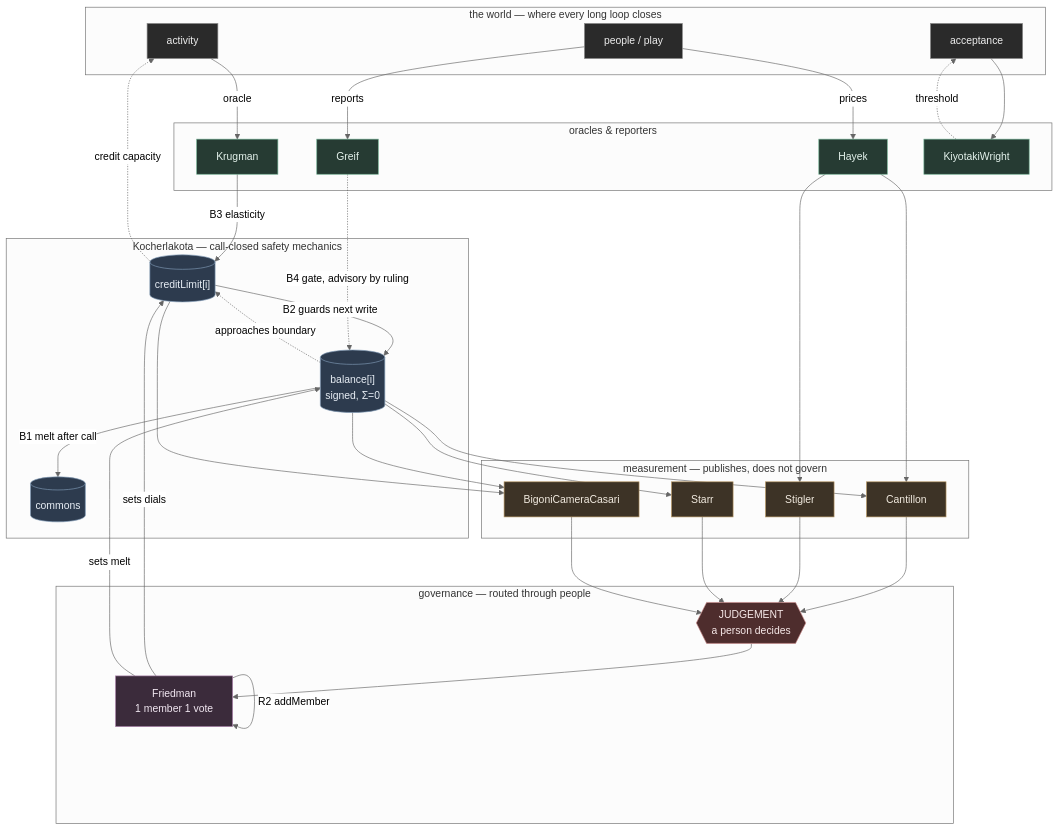
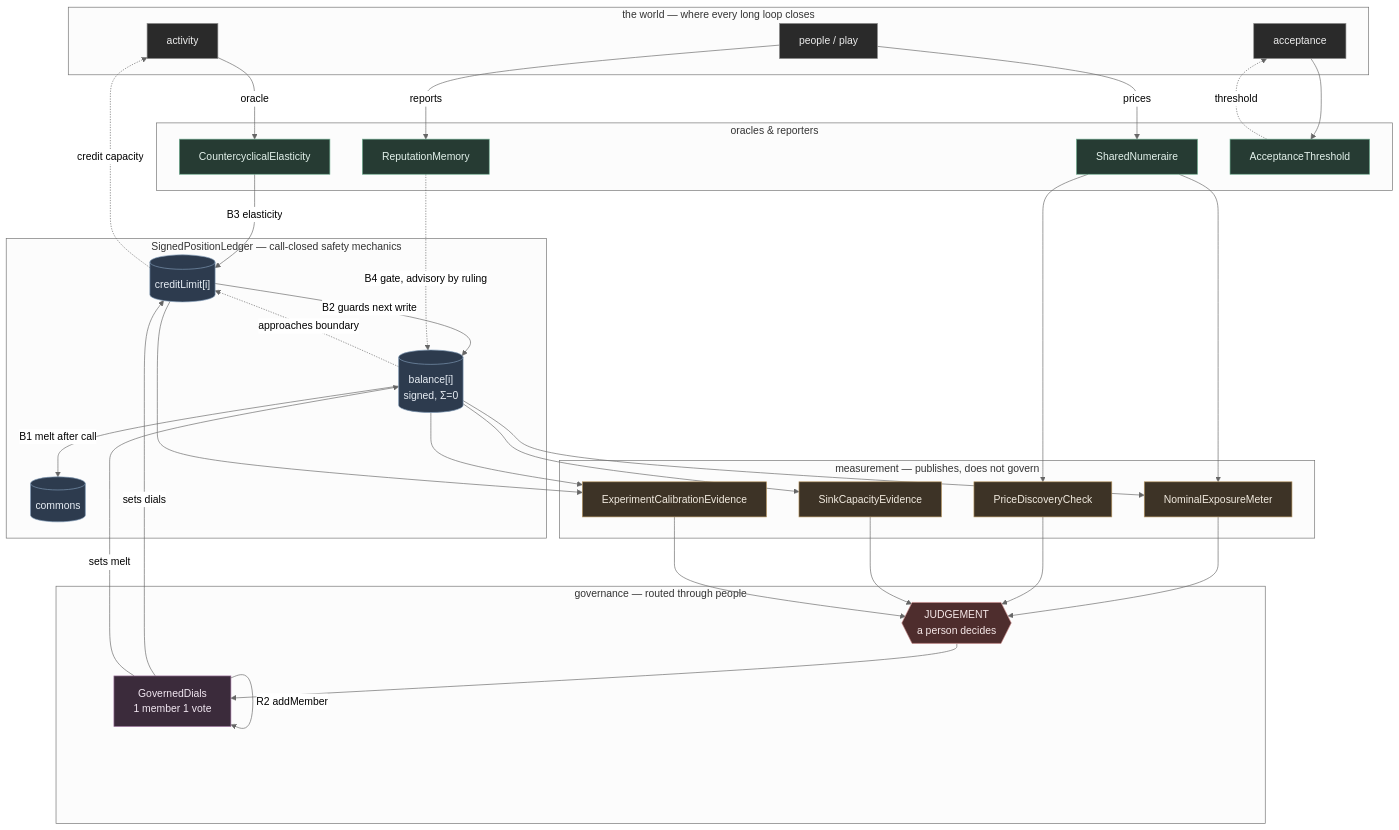
One commit to BramAlkema/BOVI changed the diagram in contracts/SYSTEM-DYNAMICS.md. Above: the diagram before and after it, drawn with Mermaid (neutral theme). The commit also changed other lines of this file and 56 other files, not shown here.

````diff
--- a/contracts/SYSTEM-DYNAMICS.md
+++ b/contracts/SYSTEM-DYNAMICS.md
@@ -154,68 +154,68 @@
 ```mermaid
 flowchart TB
     subgraph WORLD["the world — where every long loop closes"]
         ACT[activity]:::world
         ACC[acceptance]:::world
         PPL[people / play]:::world
     end
 
-    subgraph LEDGER["Kocherlakota — call-closed safety mechanics"]
+    subgraph LEDGER["SignedPositionLedger — call-closed safety mechanics"]
         BAL[("balance[i]<br/>signed, Σ=0")]:::stock
         LIM[("creditLimit[i]")]:::stock
         COM[("commons")]:::stock
         BAL -->|B1 melt after call| COM
         LIM -->|B2 guards next write| BAL
         BAL -.->|approaches boundary| LIM
     end
 
     subgraph GOV["governance — routed through people"]
-        FRI[Friedman<br/>1 member 1 vote]:::gov
+        FRI[GovernedDials<br/>1 member 1 vote]:::gov
         JUD{{JUDGEMENT<br/>a person decides}}:::human
         FRI -->|R2 addMember| FRI
     end
 
     subgraph FEED["oracles & reporters"]
-        KRU[Krugman]:::gate
-        HAY[Hayek]:::gate
-        GRE[Greif]:::gate
-        KW[KiyotakiWright]:::gate
+        KRU[CountercyclicalElasticity]:::gate
+        HAY[SharedNumeraire]:::gate
+        GRE[ReputationMemory]:::gate
+        KW[AcceptanceThreshold]:::gate
     end
 
     subgraph METER["measurement — publishes, does not govern"]
-        CAN[Cantillon]:::meter
-        STI[Stigler]:::meter
-        STA[Starr]:::meter
-        BCC[BigoniCameraCasari]:::meter
+        CAN[NominalExposureMeter]:::meter
+        STI[PriceDiscoveryCheck]:::meter
+        STA[SinkCapacityEvidence]:::meter
+        BCC[ExperimentCalibrationEvidence]:::meter
     end
 
     ACT -->|oracle| KRU
     KRU -->|B3 elasticity| LIM
     LIM -.->|credit capacity| ACT
     ACC --> KW
     KW -.->|threshold| ACC
     PPL -->|reports| GRE
     GRE -.->|B4 gate, advisory by ruling| BAL
     PPL -->|prices| HAY
     HAY --> CAN
     HAY --> STI
 
     BAL --> CAN
     BAL --> BCC
     LIM --> BCC
     BAL --> STA
 
     CAN --> JUD
     STI --> JUD
     STA --> JUD
     BCC --> JUD
     JUD --> FRI
     FRI -->|sets dials| LIM
     FRI -->|sets melt| BAL
 
     classDef stock fill:#2d3b4e,stroke:#7f9ab5,color:#e8eef5
     classDef meter fill:#3d3326,stroke:#b5945f,color:#f2ebe0
     classDef gate fill:#263b33,stroke:#6fae90,color:#e4f2ec
     classDef gov fill:#3b2b3b,stroke:#a97fa9,color:#f2e8f2
     classDef human fill:#4e2d2d,stroke:#c98b8b,color:#f7e9e9
     classDef world fill:#2a2a2a,stroke:#8a8a8a,color:#ededed
 ```
````
